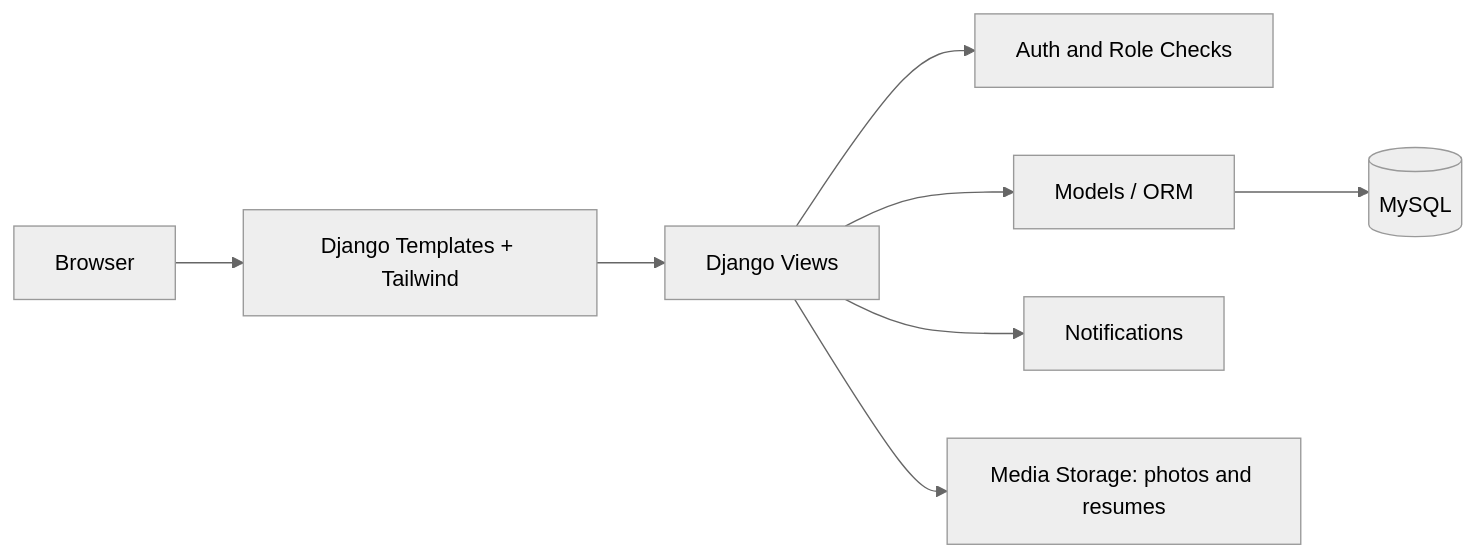
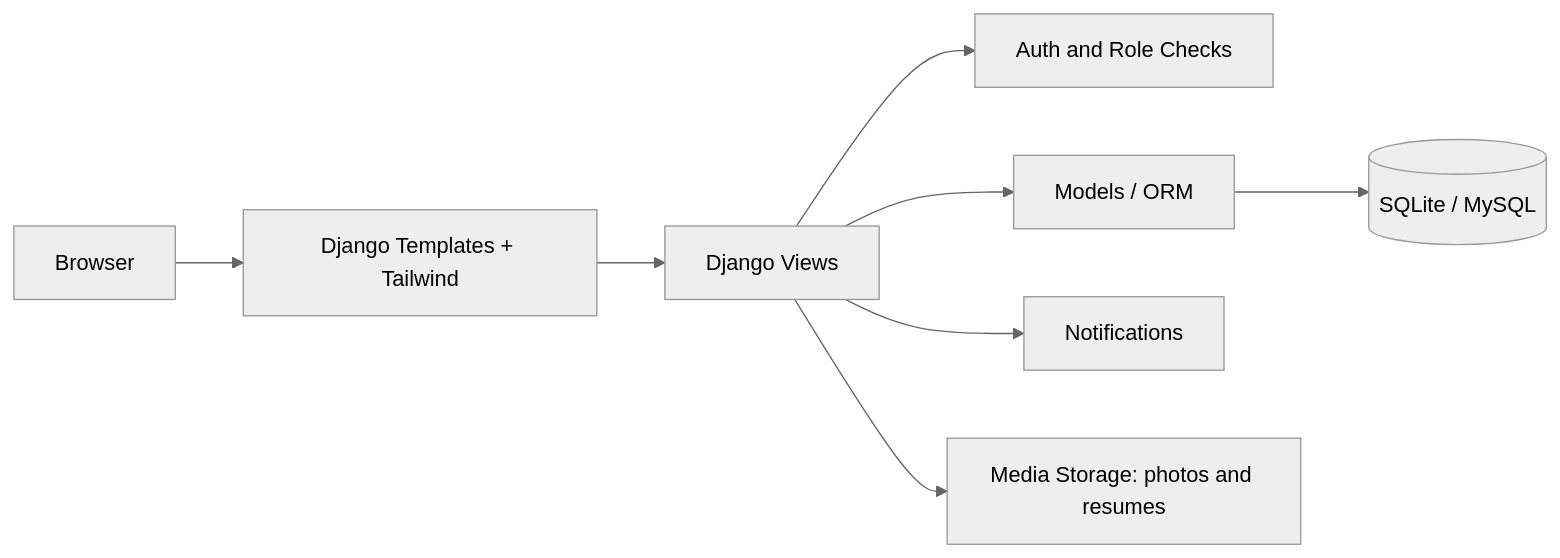
The first of 2 diagrams in README.md (Roshan77132/rojgari), drawn with Mermaid (neutral theme) before and after one commit. The commit also changed other lines of this file, not shown here.

````diff
--- a/README.md
+++ b/README.md
@@ -94,10 +91,10 @@
 ```mermaid
 flowchart LR
     U[Browser] --> T[Django Templates + Tailwind]
     T --> V[Django Views]
     V --> A[Auth and Role Checks]
     V --> M[Models / ORM]
-    M --> D[(MySQL)]
+    M --> D[(SQLite / MySQL)]
     V --> N[Notifications]
     V --> F[Media Storage: photos and resumes]
 ```
````
